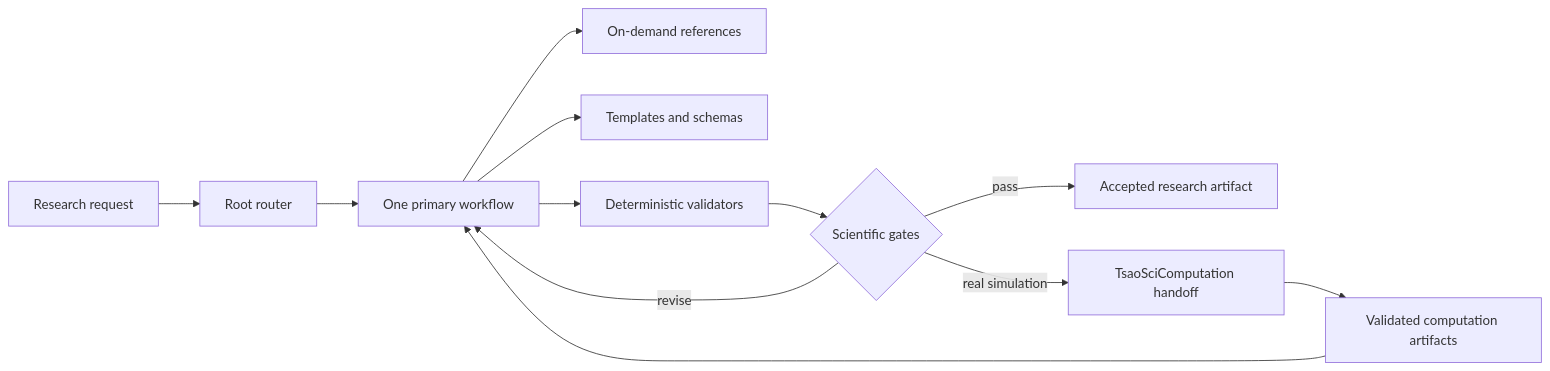
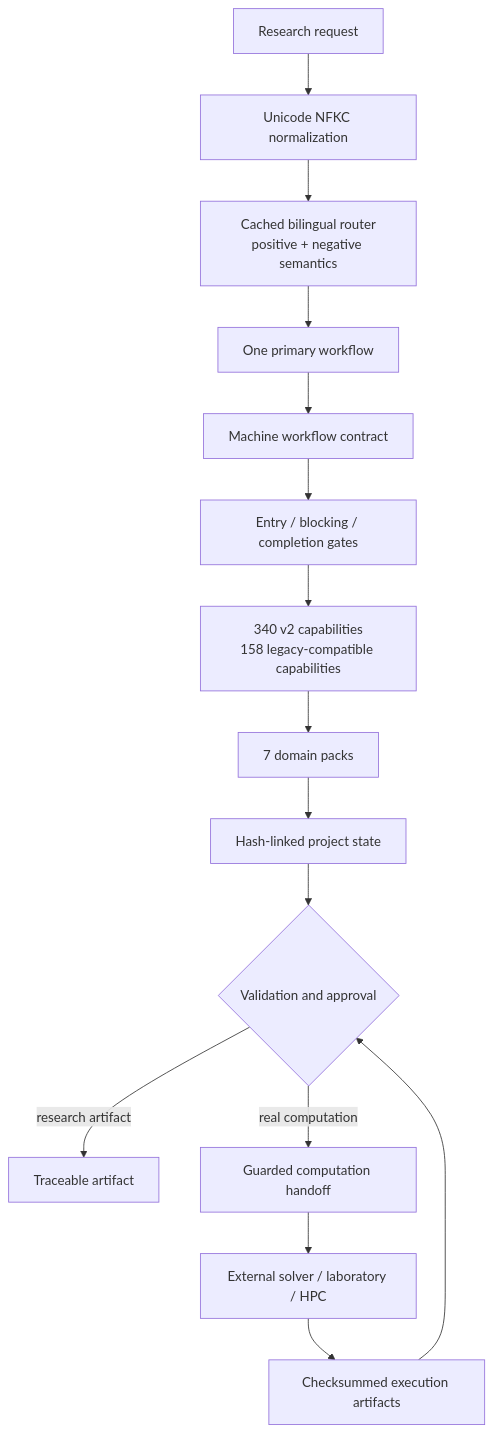
Before and after one commit to SUNHAOJUN22/TsaoSciResearcher: the diagram in docs/ARCHITECTURE.md, drawn with Mermaid. The commit also changed other lines of this file and 185 other files, not shown here.

Commit message:
release: publish complete optimized TsaoSciResearcher v0.5.1 source tree

````diff
--- a/docs/ARCHITECTURE.md
+++ b/docs/ARCHITECTURE.md
@@ -5,14 +5,19 @@
 ```mermaid
-flowchart LR
-    U[Research request] --> R[Root router]
+flowchart TD
+    U[Research request] --> N[Unicode NFKC normalization]
+    N --> R[Cached bilingual router
+positive + negative semantics]
     R --> W[One primary workflow]
-    W --> K[On-demand references]
-    W --> T[Templates and schemas]
-    W --> S[Deterministic validators]
-    S --> G{Scientific gates}
-    G -->|pass| A[Accepted research artifact]
-    G -->|revise| W
-    G -->|real simulation| C[TsaoSciComputation handoff]
-    C --> V[Validated computation artifacts]
-    V --> W
+    W --> C[Machine workflow contract]
+    C --> G[Entry / blocking / completion gates]
+    G --> K[340 v2 capabilities
+158 legacy-compatible capabilities]
+    K --> D[7 domain packs]
+    D --> S[Hash-linked project state]
+    S --> V{Validation and approval}
+    V -->|research artifact| A[Traceable artifact]
+    V -->|real computation| H[Guarded computation handoff]
+    H --> E[External solver / laboratory / HPC]
+    E --> P[Checksummed execution artifacts]
+    P --> V
 ```
````
